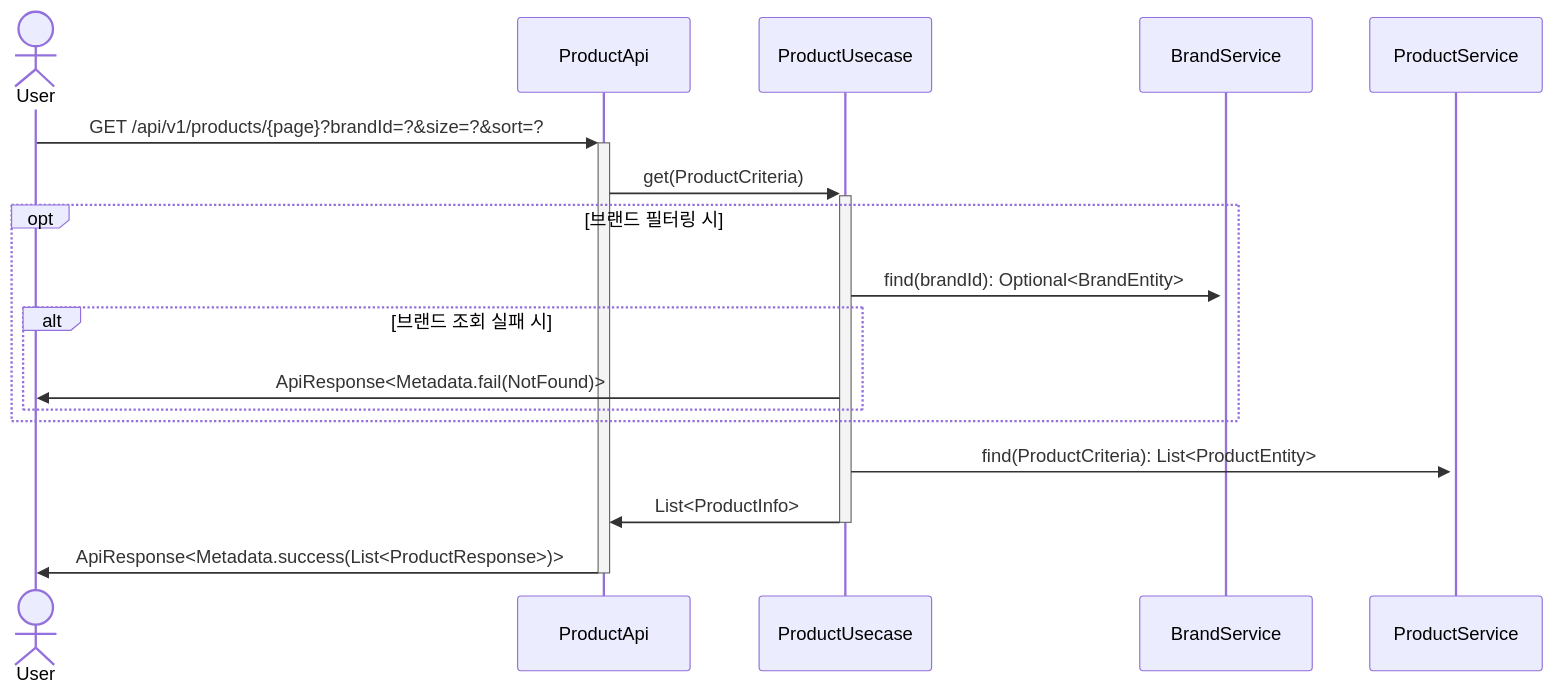
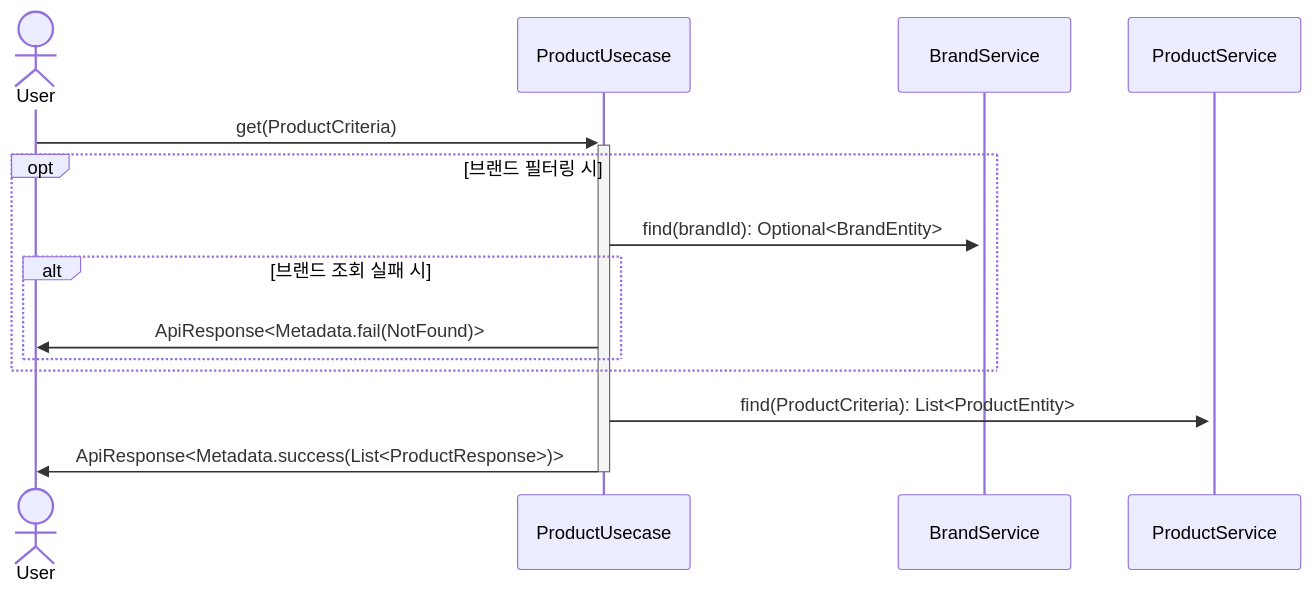
Before and after one commit to Iol-lshh/loopers_be_practice_byjava: the second of 10 diagrams in docs/design/02-sequence-diagrams.md, drawn with Mermaid. The commit also changed other lines of this file and 70 other files, not shown here.

````diff
--- a/docs/design/02-sequence-diagrams.md
+++ b/docs/design/02-sequence-diagrams.md
@@ -35,15 +32,13 @@
 ```mermaid
 sequenceDiagram
     actor User
-    User->>+ProductApi: GET /api/v1/products/{page}?brandId=?&size=?&sort=?
-    ProductApi->>+ProductUsecase: get(ProductCriteria)
+    User->>+ProductUsecase: get(ProductCriteria)
     opt 브랜드 필터링 시
         ProductUsecase->>+BrandService: find(brandId): Optional<BrandEntity>
         alt 브랜드 조회 실패 시
             ProductUsecase->>User: ApiResponse<Metadata.fail(NotFound)>
         end
     end
     ProductUsecase->>+ProductService: find(ProductCriteria): List<ProductEntity>
-    ProductUsecase->>-ProductApi: List<ProductInfo>
-    ProductApi->>-User: ApiResponse<Metadata.success(List<ProductResponse>)>
+    ProductUsecase->>-User: ApiResponse<Metadata.success(List<ProductResponse>)>
 ```
````
